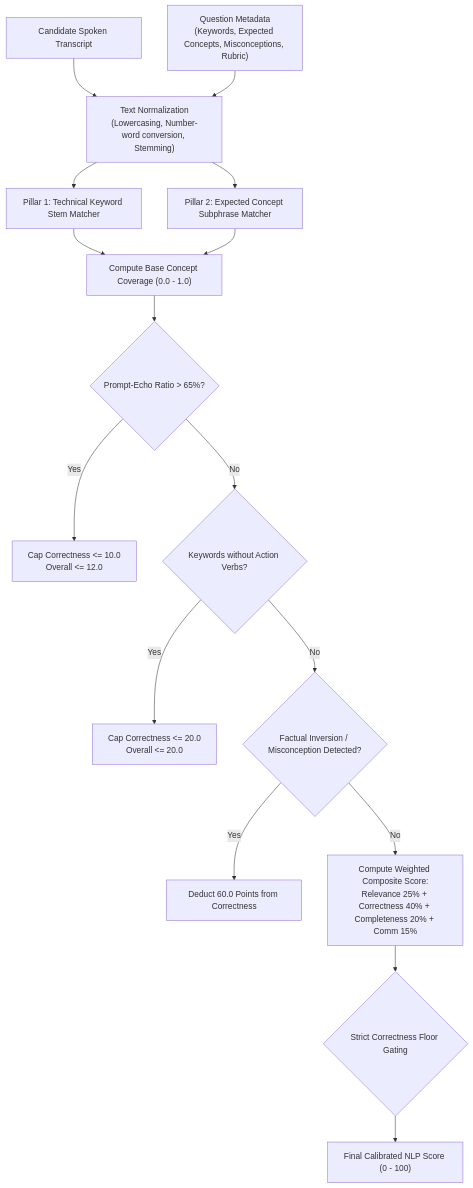
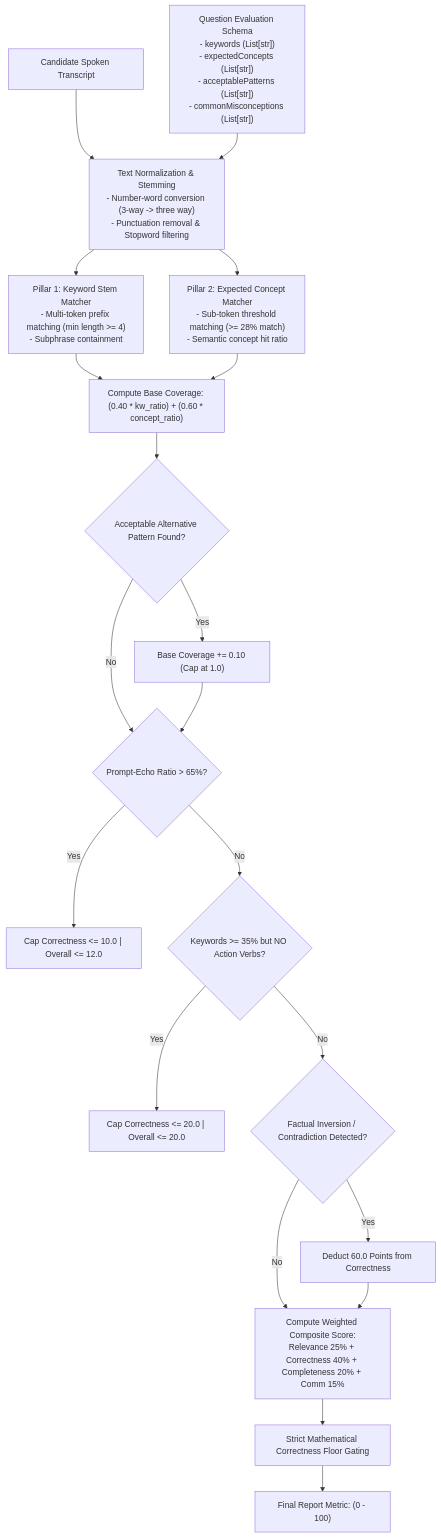
One commit to Noob-code7/InterviewApp changed the diagram in docs/NLP_ENGINE.md. Above: the diagram before and after it, drawn with Mermaid. The commit also changed other lines of this file and 8 other files, not shown here.

Commit message:
docs: enrich architecture documentation with deep engineering blueprints, mathematical formulations, and sequence diagrams

````diff
--- a/docs/NLP_ENGINE.md
+++ b/docs/NLP_ENGINE.md
@@ -19,24 +16,29 @@
 ```mermaid
 flowchart TD
-    Transcript["Candidate Spoken Transcript"] --> Normalizer["Text Normalization\n(Lowercasing, Number-word conversion, Stemming)"]
-    Question["Question Metadata\n(Keywords, Expected Concepts, Misconceptions, Rubric)"] --> Normalizer
+    Transcript["Candidate Spoken Transcript"] --> Preprocess["Text Normalization & Stemming\n- Number-word conversion (3-way -> three way)\n- Punctuation removal & Stopword filtering"]
+    QuestionMetadata["Question Evaluation Schema\n- keywords (List[str])\n- expectedConcepts (List[str])\n- acceptablePatterns (List[str])\n- commonMisconceptions (List[str])"] --> Preprocess
 
-    Normalizer --> Pillar1["Pillar 1: Technical Keyword Stem Matcher"]
-    Normalizer --> Pillar2["Pillar 2: Expected Concept Subphrase Matcher"]
+    Preprocess --> Pillar1["Pillar 1: Keyword Stem Matcher\n- Multi-token prefix matching (min length >= 4)\n- Subphrase containment"]
+    Preprocess --> Pillar2["Pillar 2: Expected Concept Matcher\n- Sub-token threshold matching (>= 28% match)\n- Semantic concept hit ratio"]
 
-    Pillar1 --> Coverage["Compute Base Concept Coverage (0.0 - 1.0)"]
-    Pillar2 --> Coverage
+    Pillar1 --> BaseCoverage["Compute Base Coverage: (0.40 * kw_ratio) + (0.60 * concept_ratio)"]
+    Pillar2 --> BaseCoverage
 
-    Coverage --> EchoCheck{"Prompt-Echo Ratio > 65%?"}
-    EchoCheck -- Yes --> EchoPenalty["Cap Correctness <= 10.0\nOverall <= 12.0"]
-    EchoCheck -- No --> BuzzCheck{"Keywords without Action Verbs?"}
+    BaseCoverage --> PatternBoost{"Acceptable Alternative Pattern Found?"}
+    PatternBoost -- Yes --> AddBoost["Base Coverage += 0.10 (Cap at 1.0)"]
+    PatternBoost -- No --> EchoCheck{"Prompt-Echo Ratio > 65%?"}
+    AddBoost --> EchoCheck
 
-    BuzzCheck -- Yes --> BuzzPenalty["Cap Correctness <= 20.0\nOverall <= 20.0"]
-    BuzzCheck -- No --> MiscCheck{"Factual Inversion / Misconception Detected?"}
+    EchoCheck -- Yes --> EchoPenalty["Cap Correctness <= 10.0 | Overall <= 12.0"]
+    EchoCheck -- No --> BuzzCheck{"Keywords >= 35% but NO Action Verbs?"}
 
-    MiscCheck -- Yes --> MiscPenalty["Deduct 60.0 Points from Correctness"]
+    BuzzCheck -- Yes --> BuzzPenalty["Cap Correctness <= 20.0 | Overall <= 20.0"]
+    BuzzCheck -- No --> MiscCheck{"Factual Inversion / Contradiction Detected?"}
+
+    MiscCheck -- Yes --> DeductMisc["Deduct 60.0 Points from Correctness"]
     MiscCheck -- No --> ComputeRaw["Compute Weighted Composite Score:\nRelevance 25% + Correctness 40% + Completeness 20% + Comm 15%"]
+    DeductMisc --> ComputeRaw
 
-    ComputeRaw --> FloorGate{"Strict Correctness Floor Gating"}
-    FloorGate --> FinalScore["Final Calibrated NLP Score (0 - 100)"]
+    ComputeRaw --> FloorGating["Strict Mathematical Correctness Floor Gating"]
+    FloorGating --> FinalResult["Final Report Metric: (0 - 100)"]
 ```
````
